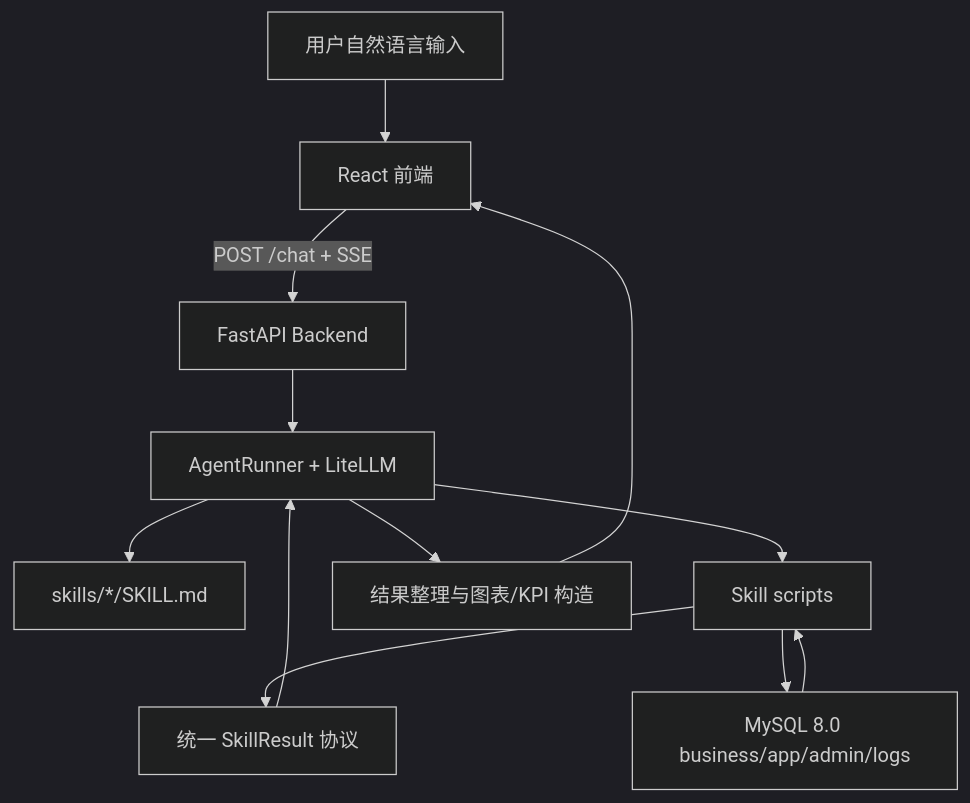
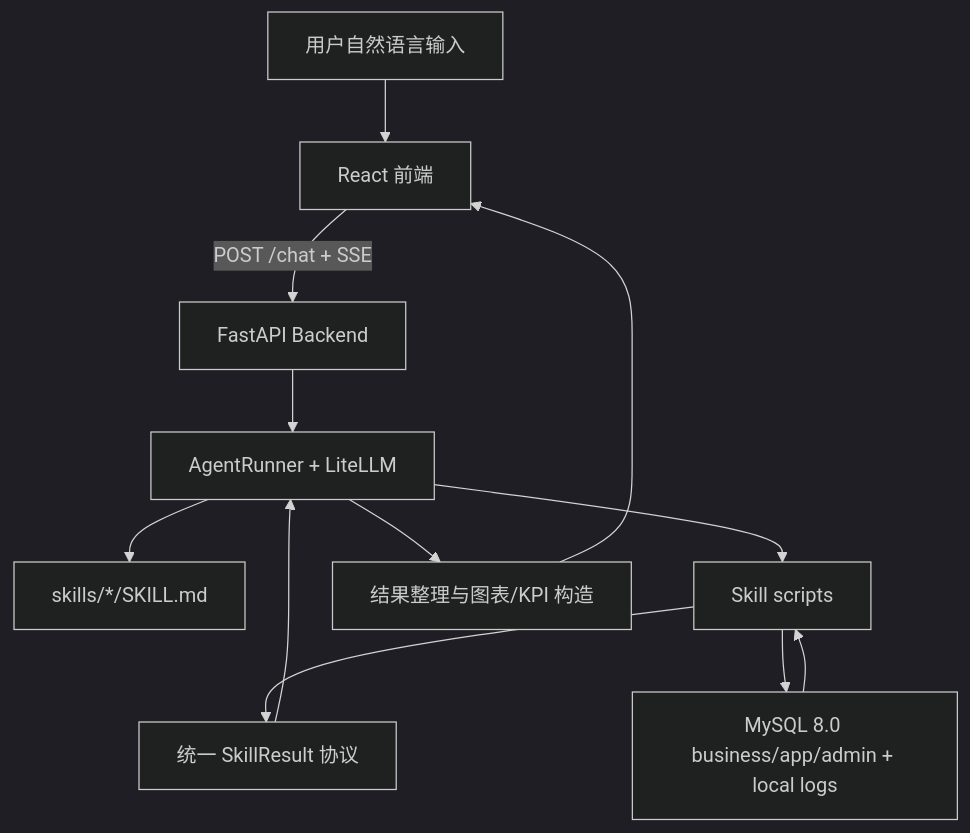
The diagram in docs/architecture/README.md (secary/chat-bi), drawn with Mermaid (dark theme) before and after one commit. The commit also changed other lines of this file and 36 other files, not shown here.

````diff
--- a/docs/architecture/README.md
+++ b/docs/architecture/README.md
@@ -4,14 +4,14 @@
 ```mermaid
 flowchart TD
     user["用户自然语言输入"] --> frontend["React 前端"]
     frontend -->|"POST /chat + SSE"| backend["FastAPI Backend"]
     backend --> agent["AgentRunner + LiteLLM"]
     agent --> skillDocs["skills/*/SKILL.md"]
     agent --> scripts["Skill scripts"]
     scripts --> skillResult["统一 SkillResult 协议"]
-    scripts --> mysql["MySQL 8.0 business/app/admin/logs"]
+    scripts --> mysql["MySQL 8.0 business/app/admin + local logs"]
     mysql --> scripts
     skillResult --> agent
     agent --> renderers["结果整理与图表/KPI 构造"]
     renderers --> frontend
 ```
````
